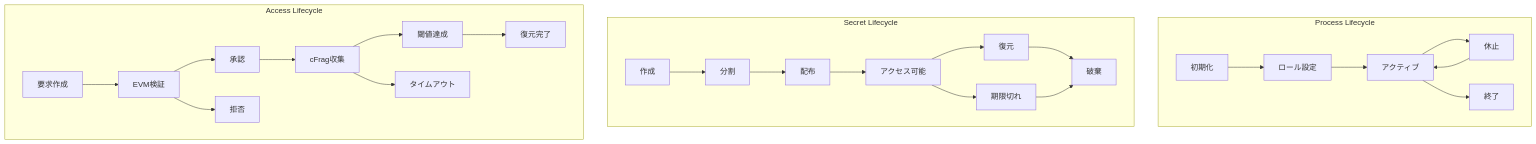
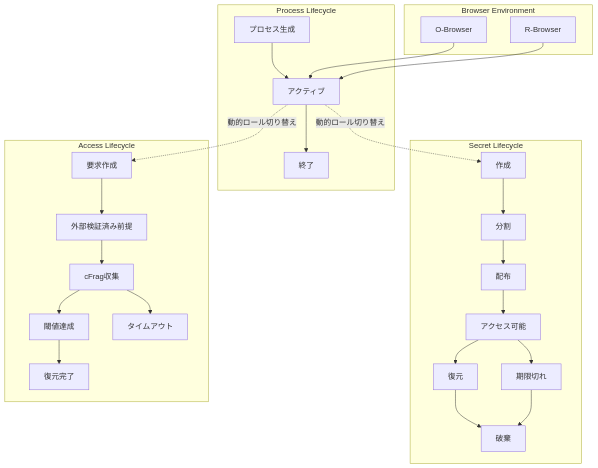
Before and after one commit to shodaimomiyama/D-TPRES: the first of 4 diagrams in docs/development/lifecycle/lifecycle_overview.md, drawn with Mermaid. The commit also changed other lines of this file and 2 other files, not shown here.

````diff
--- a/docs/development/lifecycle/lifecycle_overview.md
+++ b/docs/development/lifecycle/lifecycle_overview.md
@@ -20,30 +20,35 @@
 ```mermaid
 graph TB
+    subgraph "Browser Environment"
+        OB[O-Browser]
+        RB[R-Browser]
+    end
+
     subgraph "Process Lifecycle"
-        P1[初期化] --> P2[ロール設定]
-        P2 --> P3[アクティブ]
-        P3 --> P4[休止]
-        P4 --> P3
-        P3 --> P5[終了]
+        P1[プロセス生成] --> P2[アクティブ]
+        P2 --> P3[終了]
     end
-    
+
     subgraph "Secret Lifecycle"
         S1[作成] --> S2[分割]
         S2 --> S3[配布]
         S3 --> S4[アクセス可能]
         S4 --> S5[復元]
         S4 --> S6[期限切れ]
         S5 --> S7[破棄]
         S6 --> S7
     end
-    
+
     subgraph "Access Lifecycle"
-        A1[要求作成] --> A2[EVM検証]
-        A2 --> A3[承認]
-        A3 --> A4[cFrag収集]
-        A4 --> A5[閾値達成]
-        A5 --> A6[復元完了]
-        A2 --> A7[拒否]
-        A4 --> A8[タイムアウト]
+        A1[要求作成] --> A2[外部検証済み前提]
+        A2 --> A3[cFrag収集]
+        A3 --> A4[閾値達成]
+        A4 --> A5[復元完了]
+        A3 --> A6[タイムアウト]
     end
+
+    OB --> P2
+    RB --> P2
+    P2 -.->|動的ロール切り替え| S1
+    P2 -.->|動的ロール切り替え| A1
 ```
````
